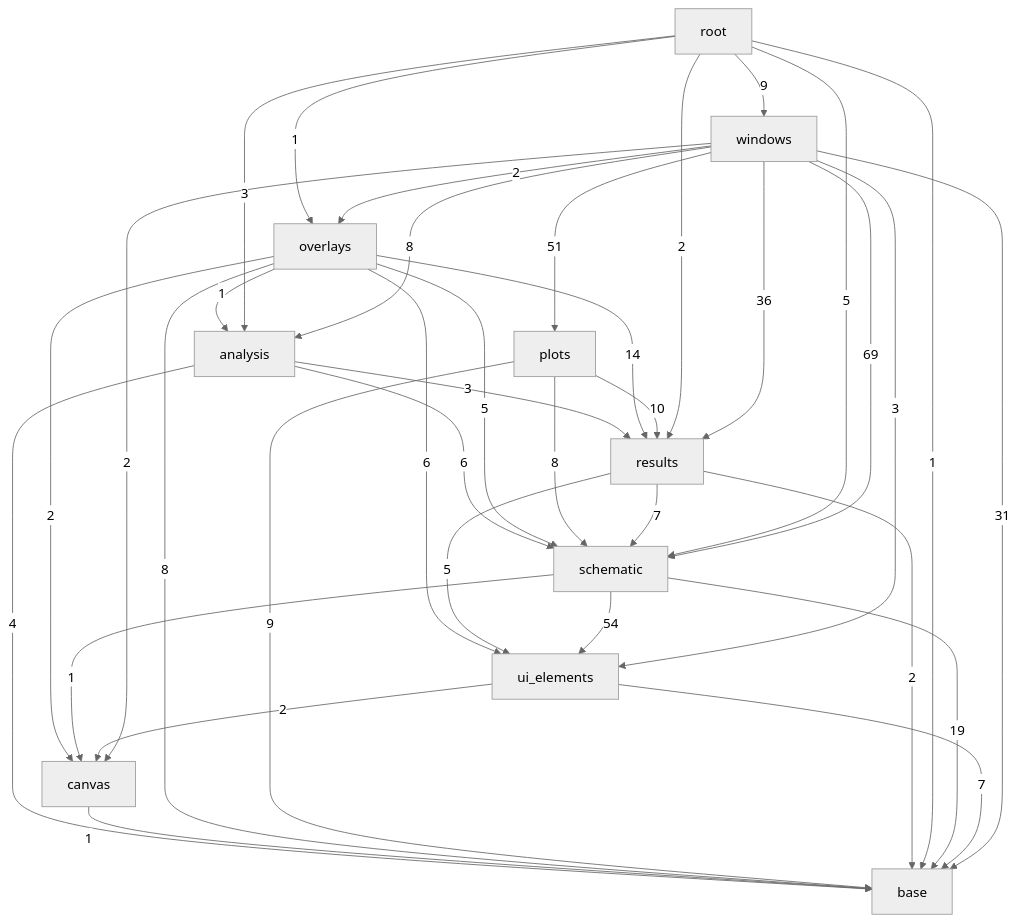
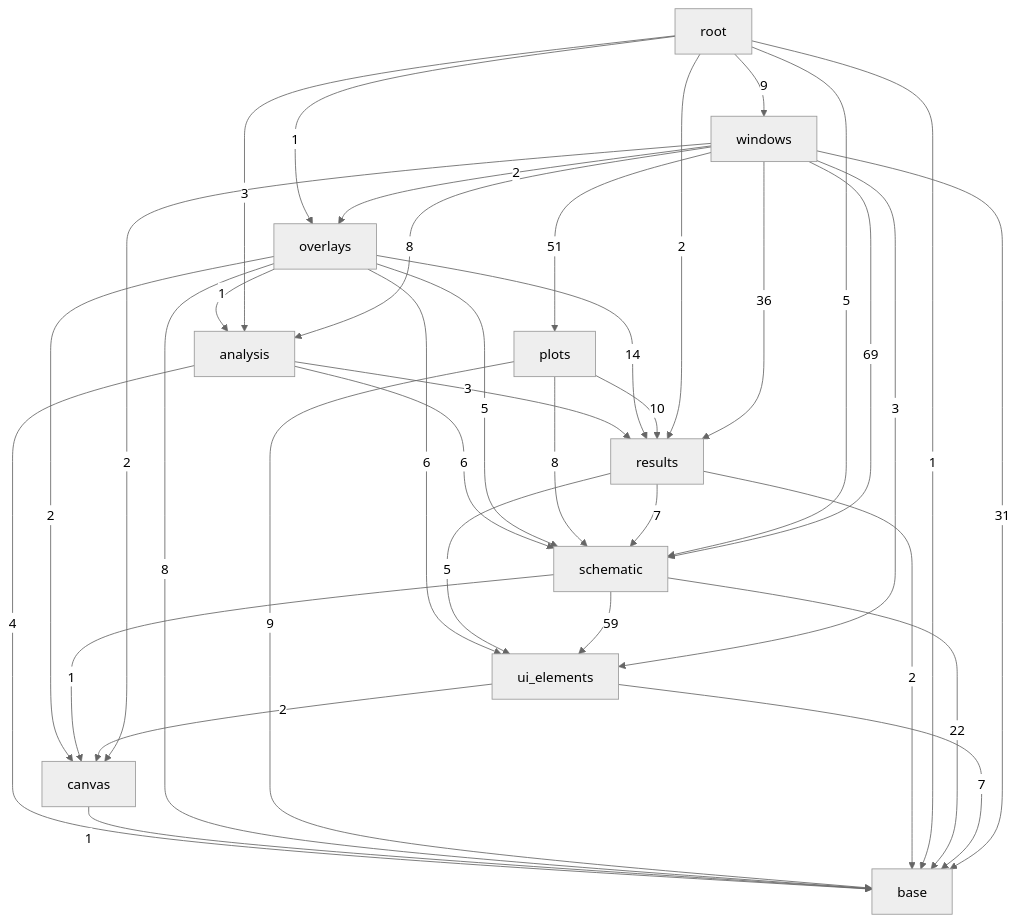
The third of 3 diagrams in docs/architecture.md (ronnymilleo/imcsim), drawn with Mermaid (neutral theme) before and after one commit. The commit also changed other lines of this file and 30 other files, not shown here.

Commit message:
Split the schematic file code and the helpers of Schematic into modules by topic

````diff
--- a/docs/architecture.md
+++ b/docs/architecture.md
@@ -56,48 +56,48 @@
 ```mermaid
 flowchart TD
     app_gui_base[base]
     app_gui_canvas[canvas]
     app_gui_ui_elements[ui_elements]
     app_gui_schematic[schematic]
     app_gui_results[results]
     app_gui_analysis[analysis]
     app_gui_plots[plots]
     app_gui_overlays[overlays]
     app_gui_windows[windows]
     app_gui_root[root]
     app_gui_analysis -->|4| app_gui_base
     app_gui_analysis -->|3| app_gui_results
     app_gui_analysis -->|6| app_gui_schematic
     app_gui_canvas -->|1| app_gui_base
     app_gui_overlays -->|1| app_gui_analysis
     app_gui_overlays -->|8| app_gui_base
     app_gui_overlays -->|2| app_gui_canvas
     app_gui_overlays -->|14| app_gui_results
     app_gui_overlays -->|5| app_gui_schematic
     app_gui_overlays -->|6| app_gui_ui_elements
     app_gui_plots -->|9| app_gui_base
     app_gui_plots -->|10| app_gui_results
     app_gui_plots -->|8| app_gui_schematic
     app_gui_results -->|2| app_gui_base
     app_gui_results -->|7| app_gui_schematic
     app_gui_results -->|5| app_gui_ui_elements
     app_gui_root -->|3| app_gui_analysis
     app_gui_root -->|1| app_gui_base
     app_gui_root -->|1| app_gui_overlays
     app_gui_root -->|2| app_gui_results
     app_gui_root -->|5| app_gui_schematic
     app_gui_root -->|9| app_gui_windows
-    app_gui_schematic -->|19| app_gui_base
+    app_gui_schematic -->|22| app_gui_base
     app_gui_schematic -->|1| app_gui_canvas
-    app_gui_schematic -->|54| app_gui_ui_elements
+    app_gui_schematic -->|59| app_gui_ui_elements
     app_gui_ui_elements -->|7| app_gui_base
     app_gui_ui_elements -->|2| app_gui_canvas
     app_gui_windows -->|8| app_gui_analysis
     app_gui_windows -->|31| app_gui_base
     app_gui_windows -->|2| app_gui_canvas
     app_gui_windows -->|2| app_gui_overlays
     app_gui_windows -->|51| app_gui_plots
     app_gui_windows -->|36| app_gui_results
     app_gui_windows -->|69| app_gui_schematic
     app_gui_windows -->|3| app_gui_ui_elements
 ```
````
